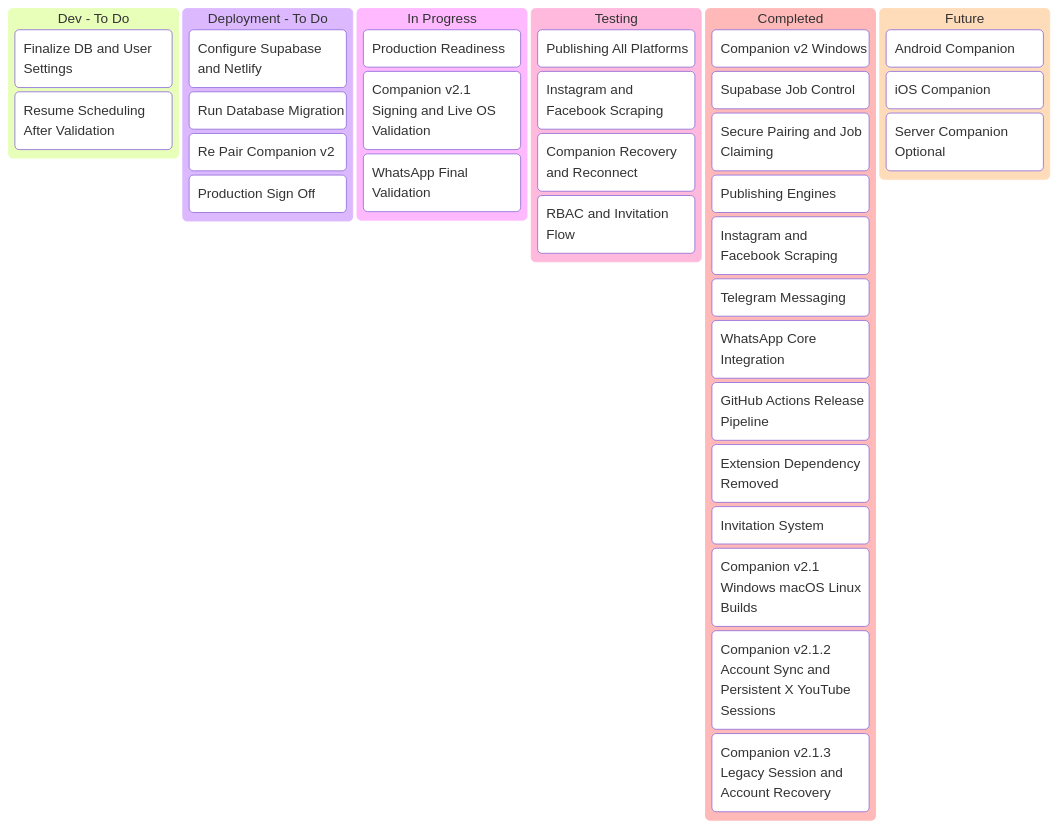
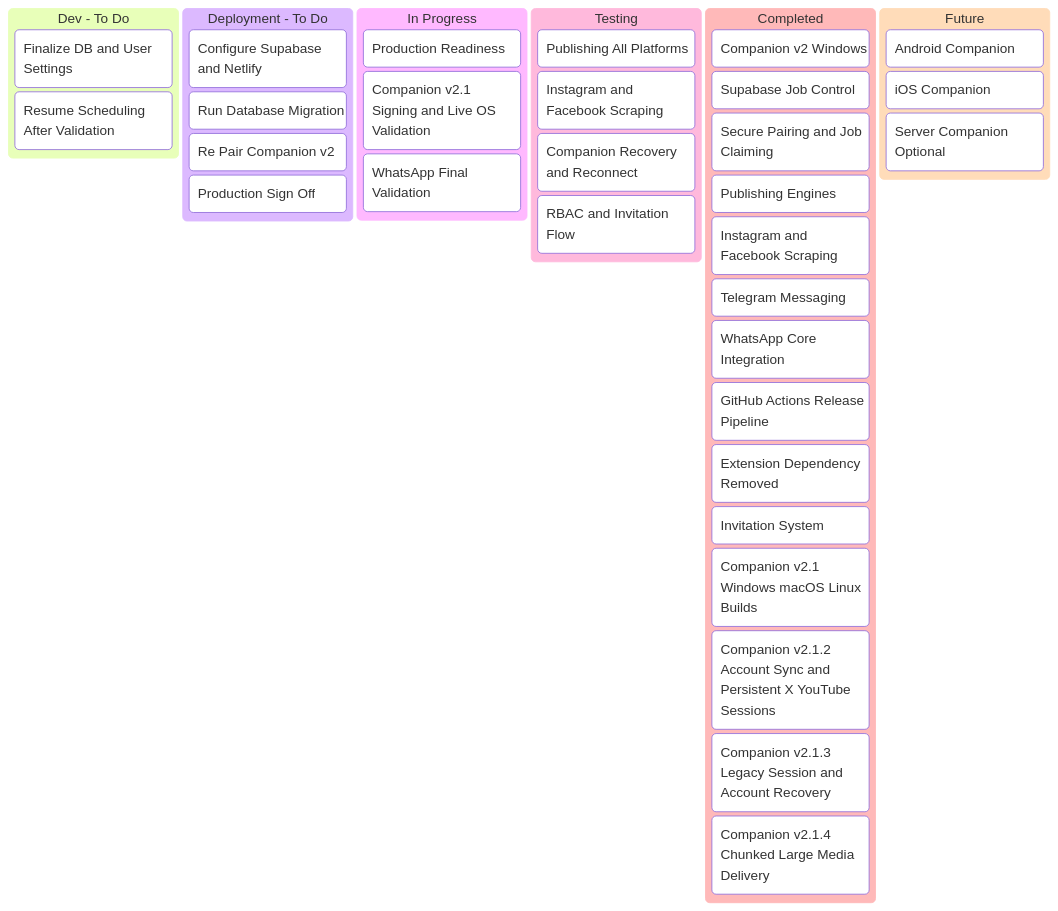
The first of 2 diagrams in agentic-that-project-tracker.md (tinitiateprime/agentic-that), drawn with Mermaid before and after one commit. The commit also changed 1 other file, not shown here.

Commit message:
docs: link companion 2.1.4 downloads

````diff
--- a/agentic-that-project-tracker.md
+++ b/agentic-that-project-tracker.md
@@ -5,43 +5,44 @@
 ```mermaid
 kanban
   devTodo[Dev - To Do]
     dev1[Finalize DB and User Settings]
     dev2[Resume Scheduling After Validation]
 
   deploymentTodo[Deployment - To Do]
     dep1[Configure Supabase and Netlify]
     dep2[Run Database Migration]
     dep3[Re Pair Companion v2]
     dep4[Production Sign Off]
 
   inProgress[In Progress]
     prog1[Production Readiness]
     prog2[Companion v2.1 Signing and Live OS Validation]
     prog3[WhatsApp Final Validation]
 
   testing[Testing]
     test1[Publishing All Platforms]
     test2[Instagram and Facebook Scraping]
     test3[Companion Recovery and Reconnect]
     test4[RBAC and Invitation Flow]
 
   completed[Completed]
     done1[Companion v2 Windows]
     done2[Supabase Job Control]
     done3[Secure Pairing and Job Claiming]
     done4[Publishing Engines]
     done5[Instagram and Facebook Scraping]
     done6[Telegram Messaging]
     done7[WhatsApp Core Integration]
     done8[GitHub Actions Release Pipeline]
     done9[Extension Dependency Removed]
     done10[Invitation System]
     done11[Companion v2.1 Windows macOS Linux Builds]
     done12[Companion v2.1.2 Account Sync and Persistent X YouTube Sessions]
     done13[Companion v2.1.3 Legacy Session and Account Recovery]
+    done14[Companion v2.1.4 Chunked Large Media Delivery]
 
   future[Future]
     future1[Android Companion]
     future2[iOS Companion]
     future3[Server Companion Optional]
 ```
````
